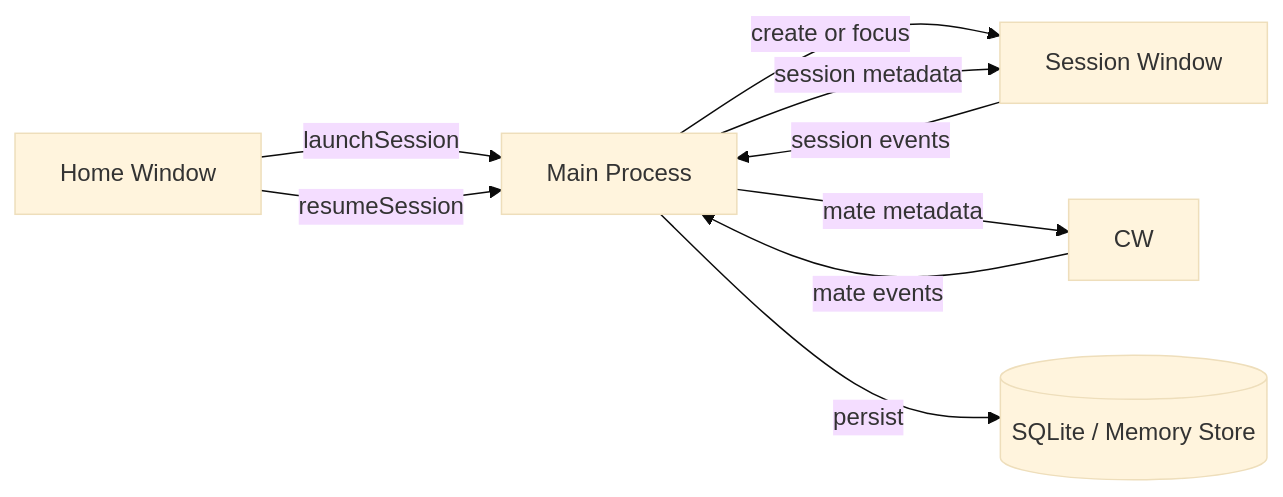
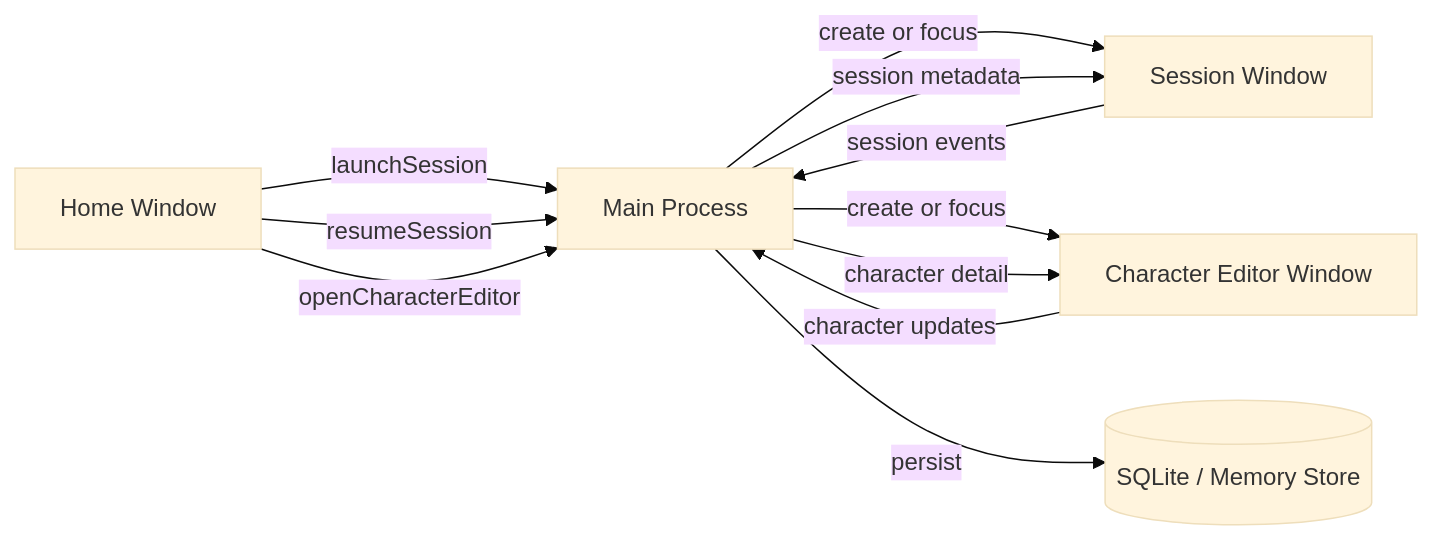
Before and after one commit to natumekazuki/WithMate: the diagram in docs/design/window-architecture.md, drawn with Mermaid (base theme). The commit also changed other lines of this file and 4 other files, not shown here.

Commit message:
docs: Character Editor Window 方針を固定

````diff
--- a/docs/design/window-architecture.md
+++ b/docs/design/window-architecture.md
@@ -285,11 +327,13 @@
 ```mermaid
 flowchart LR
     HW[Home Window] -->|launchSession| MP[Main Process]
     HW -->|resumeSession| MP
     MP -->|create or focus| SW[Session Window]
     MP -->|session metadata| SW
-    MP -->|mate metadata| CW
+    HW -->|openCharacterEditor| MP
+    MP -->|create or focus| CW[Character Editor Window]
+    MP -->|character detail| CW
     SW -->|session events| MP
-    CW -->|mate events| MP
+    CW -->|character updates| MP
     MP -->|persist| DB[(SQLite / Memory Store)]
 ```
````
